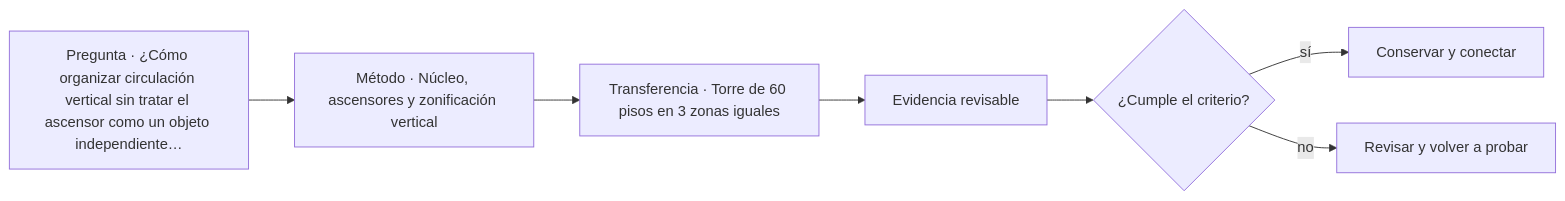
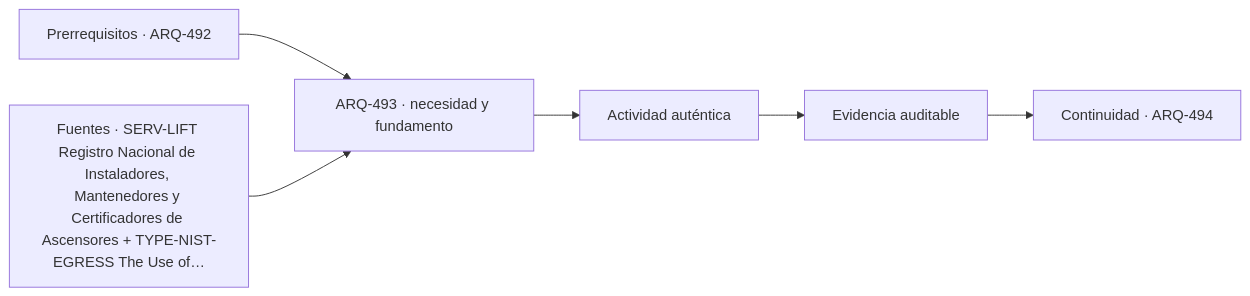
The diagram in classes/parte-50/ARQ-493.md (vladimiracunadev-create/architecture-built-environment-learning-program), drawn with Mermaid before and after one commit. The commit also changed other lines of this file and 761 other files, not shown here.

````diff
--- a/classes/parte-50/ARQ-493.md
+++ b/classes/parte-50/ARQ-493.md
@@ -89,9 +101,8 @@
 ```mermaid
 flowchart LR
-    Q["Pregunta · ¿Cómo organizar circulación vertical sin tratar el ascensor como un objeto independiente…"] --> M["Método · Núcleo, ascensores y zonificación vertical"]
-    M --> P["Transferencia · Torre de 60 pisos en 3 zonas iguales"]
-    P --> E["Evidencia revisable"]
-    E --> C{"¿Cumple el criterio?"}
-    C -->|sí| T["Conservar y conectar"]
-    C -->|no| R["Revisar y volver a probar"]
+    A["Prerrequisitos · ARQ-492"] --> B["ARQ-493 · necesidad y fundamento"]
+    S["Fuentes · SERV-LIFT Registro Nacional de Instaladores, Mantenedores y Certificadores de Ascensores + TYPE-NIST-EGRESS The Use of…"] --> B
+    B --> C["Actividad auténtica"]
+    C --> D["Evidencia auditable"]
+    D --> E["Continuidad · ARQ-494"]
 ```
````
